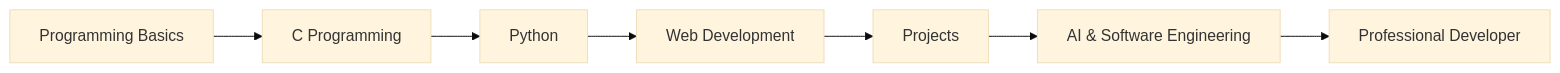
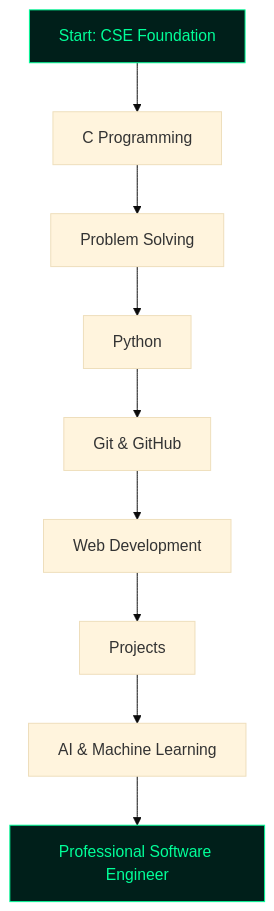
The diagram in README.md (rtygfoth-gif/rtygfoth-gif), drawn with Mermaid (base theme) before and after one commit. The commit also changed other lines of this file, not shown here.

````diff
--- a/README.md
+++ b/README.md
@@ -41,9 +81,14 @@
 ```mermaid
-flowchart LR
-    A[Programming Basics] --> B[C Programming]
-    B --> C[Python]
-    C --> D[Web Development]
-    D --> E[Projects]
-    E --> F[AI & Software Engineering]
-    F --> G[Professional Developer]
+flowchart TD
+    A[Start: CSE Foundation] --> B[C Programming]
+    B --> C[Problem Solving]
+    C --> D[Python]
+    D --> E[Git & GitHub]
+    E --> F[Web Development]
+    F --> G[Projects]
+    G --> H[AI & Machine Learning]
+    H --> I[Professional Software Engineer]
+
+    style A fill:#001f1a,stroke:#00ff99,color:#00ff99
+    style I fill:#001f1a,stroke:#00ff99,color:#00ff99
 ```
````
